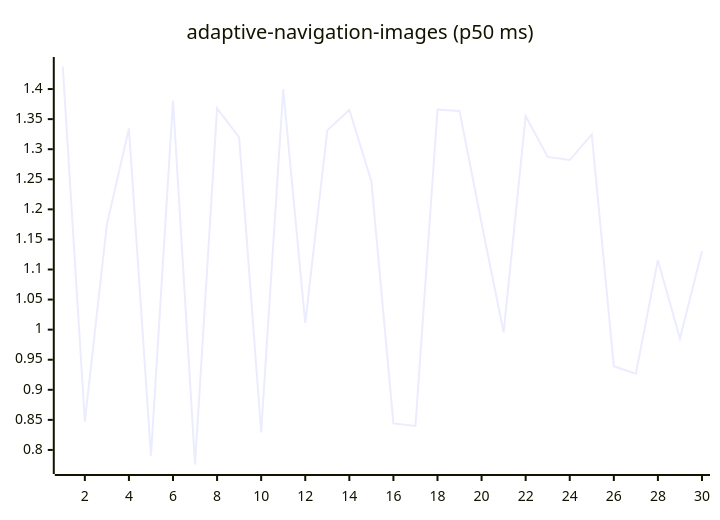
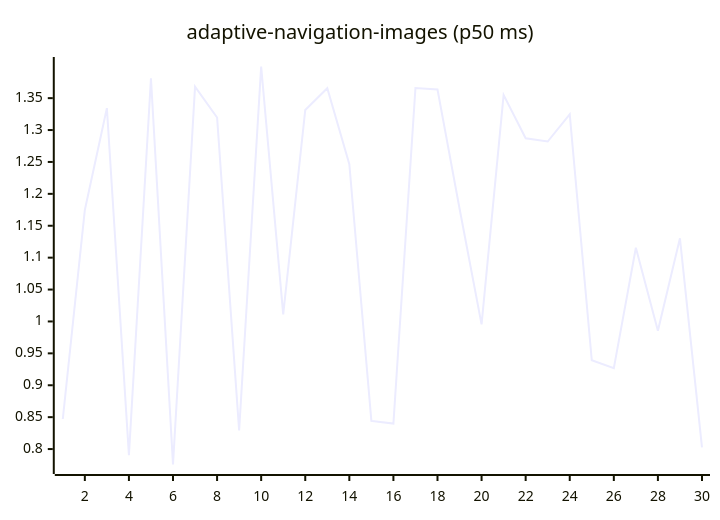
The first of 27 diagrams in README.md (josha/Facet), drawn with Mermaid before and after one commit. The commit also changed other lines of this file and 2 other files, not shown here.

````diff
--- a/README.md
+++ b/README.md
@@ -63,6 +63,6 @@
 ```mermaid
 xychart-beta
     title "adaptive-navigation-images (p50 ms)"
     x-axis 1 --> 30
-    line [1.4375, 0.8471, 1.1748, 1.3343, 0.7905, 1.3810, 0.7758, 1.3680, 1.3197, 0.8291, 1.3996, 1.0110, 1.3313, 1.3656, 1.2466, 0.8441, 0.8400, 1.3659, 1.3636, 1.1770, 0.9954, 1.3550, 1.2872, 1.2820, 1.3247, 0.9391, 0.9267, 1.1155, 0.9853, 1.1303]
+    line [0.8471, 1.1748, 1.3343, 0.7905, 1.3810, 0.7758, 1.3680, 1.3197, 0.8291, 1.3996, 1.0110, 1.3313, 1.3656, 1.2466, 0.8441, 0.8400, 1.3659, 1.3636, 1.1770, 0.9954, 1.3550, 1.2872, 1.2820, 1.3247, 0.9391, 0.9267, 1.1155, 0.9853, 1.1303, 0.8026]
 ```
````
